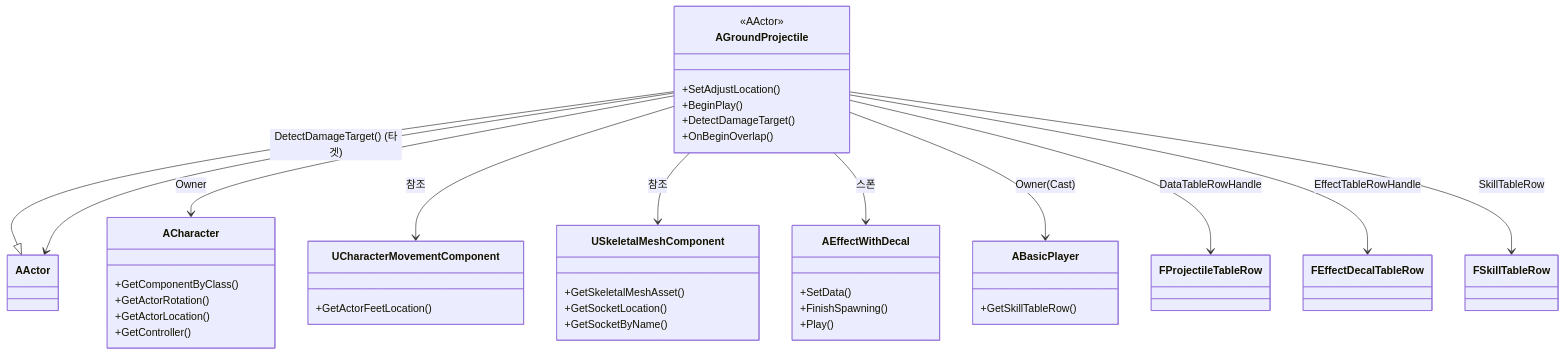
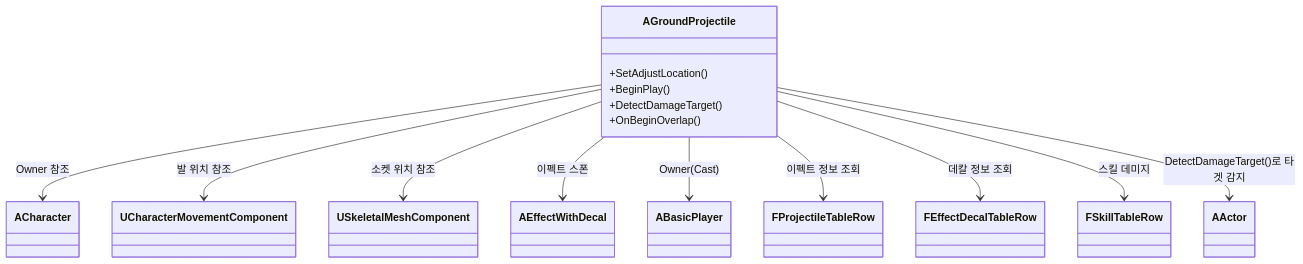
One commit to WJMcode/Project_CavesBasic changed the first of 4 diagrams in README.md. Above: the diagram before and after it, drawn with Mermaid.

````diff
--- a/README.md
+++ b/README.md
@@ -1,62 +1,34 @@
 ```mermaid
 classDiagram
-    %% --- 클래스 선언 ---
     class AGroundProjectile
+
+    %% --- 실제 구현에서 직접적으로 사용하는 주요 객체 ---
     class ACharacter
     class UCharacterMovementComponent
     class USkeletalMeshComponent
     class AEffectWithDecal
     class ABasicPlayer
     class FProjectileTableRow
     class FEffectDecalTableRow
     class FSkillTableRow
+    class AActor
 
-    %% --- 관계 ---
-    AGroundProjectile --|> AActor
+    %% --- 직접적인 함수/데이터 연계 ---
+    AGroundProjectile --> ACharacter : Owner 참조
+    AGroundProjectile --> UCharacterMovementComponent : 발 위치 참조
+    AGroundProjectile --> USkeletalMeshComponent : 소켓 위치 참조
+    AGroundProjectile --> AEffectWithDecal : 이펙트 스폰
+    AGroundProjectile --> ABasicPlayer : Owner(Cast)
+    AGroundProjectile --> FProjectileTableRow : 이펙트 정보 조회
+    AGroundProjectile --> FEffectDecalTableRow : 데칼 정보 조회
+    AGroundProjectile --> FSkillTableRow : 스킬 데미지
+    AGroundProjectile --> AActor : DetectDamageTarget()로 타겟 감지
 
-    AGroundProjectile --> ACharacter : Owner
-    AGroundProjectile --> UCharacterMovementComponent : 참조
-    AGroundProjectile --> USkeletalMeshComponent : 참조
-    AGroundProjectile --> AEffectWithDecal : 스폰
-    AGroundProjectile --> ABasicPlayer : Owner(Cast)
-    AGroundProjectile --> FProjectileTableRow : DataTableRowHandle
-    AGroundProjectile --> FEffectDecalTableRow : EffectTableRowHandle
-    AGroundProjectile --> FSkillTableRow : SkillTableRow
-    AGroundProjectile --> AActor : DetectDamageTarget() (타겟)
-
-    %% --- 주요 메서드/역할 요약 ---
+    %% --- 함수, 구현 위주 요약 ---
     class AGroundProjectile{
-        <<AActor>>
         +SetAdjustLocation()
         +BeginPlay()
         +DetectDamageTarget()
         +OnBeginOverlap()
     }
-
-    class ACharacter{
-        +GetComponentByClass()
-        +GetActorRotation()
-        +GetActorLocation()
-        +GetController()
-    }
-
-    class UCharacterMovementComponent{
-        +GetActorFeetLocation()
-    }
-
-    class USkeletalMeshComponent{
-        +GetSkeletalMeshAsset()
-        +GetSocketLocation()
-        +GetSocketByName()
-    }
-
-    class AEffectWithDecal{
-        +SetData()
-        +FinishSpawning()
-        +Play()
-    }
-
-    class ABasicPlayer{
-        +GetSkillTableRow()
-    }
 ```
````
